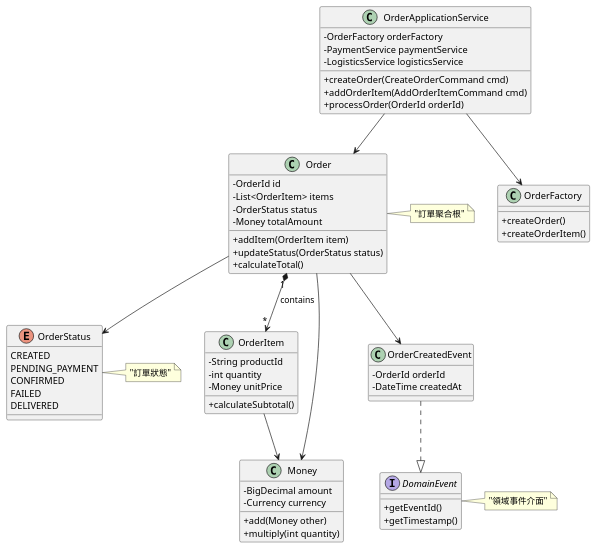
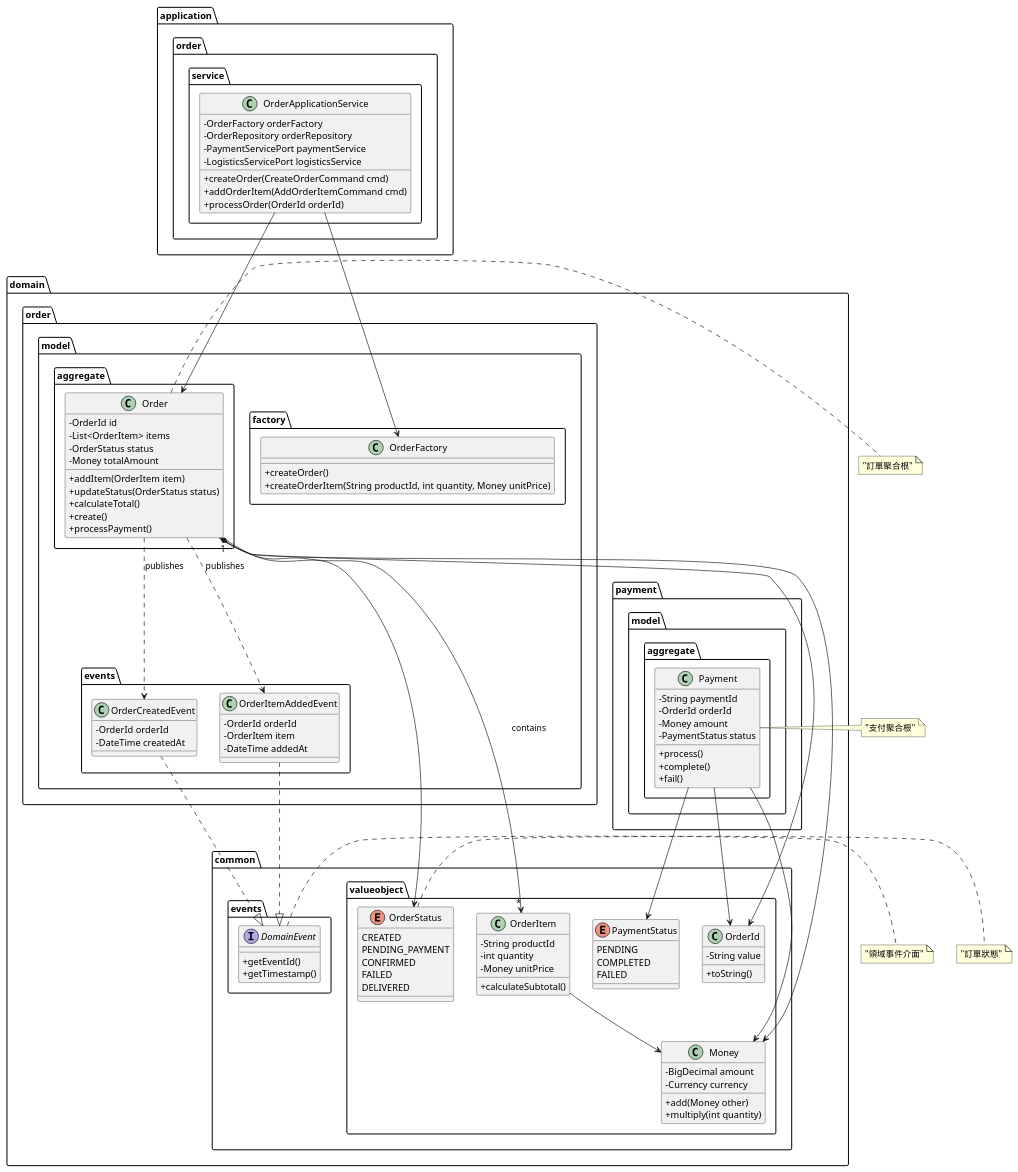
One commit to humank/genai-demo changed the diagram in docs/uml/class-diagram.puml. Above: the diagram before and after it, drawn with PlantUML. The commit also changed 40 other files, not shown here.

Commit message:
Add use case diagram for the system in SVG format

```diff
--- a/docs/uml/class-diagram.puml
+++ b/docs/uml/class-diagram.puml
@@ -1,73 +1,126 @@
 @startuml 訂單系統類別圖
 skinparam classAttributeIconSize 0
 
-class Order {
+package "domain.order.model.aggregate" {
+  class Order {
     -OrderId id
     -List<OrderItem> items
     -OrderStatus status
     -Money totalAmount
     +addItem(OrderItem item)
     +updateStatus(OrderStatus status)
     +calculateTotal()
+    +create()
+    +processPayment()
+  }
 }
 
-class OrderItem {
+package "domain.common.valueobject" {
+  class OrderItem {
     -String productId
     -int quantity
     -Money unitPrice
     +calculateSubtotal()
-}
+  }
 
-class Money {
+  class Money {
     -BigDecimal amount
     -Currency currency
     +add(Money other)
     +multiply(int quantity)
-}
+  }
 
-enum OrderStatus {
+  enum OrderStatus {
     CREATED
     PENDING_PAYMENT
     CONFIRMED
     FAILED
     DELIVERED
+  }
+
+  class OrderId {
+    -String value
+    +toString()
+  }
 }
 
-class OrderApplicationService {
+package "application.order.service" {
+  class OrderApplicationService {
     -OrderFactory orderFactory
-    -PaymentService paymentService
-    -LogisticsService logisticsService
+    -OrderRepository orderRepository
+    -PaymentServicePort paymentService
+    -LogisticsServicePort logisticsService
     +createOrder(CreateOrderCommand cmd)
     +addOrderItem(AddOrderItemCommand cmd)
     +processOrder(OrderId orderId)
+  }
 }
 
-class OrderFactory {
+package "domain.order.model.factory" {
+  class OrderFactory {
     +createOrder()
-    +createOrderItem()
+    +createOrderItem(String productId, int quantity, Money unitPrice)
+  }
 }
 
-interface DomainEvent {
+package "domain.common.events" {
+  interface DomainEvent {
     +getEventId()
     +getTimestamp()
+  }
 }
 
-class OrderCreatedEvent {
+package "domain.order.model.events" {
+  class OrderCreatedEvent {
     -OrderId orderId
     -DateTime createdAt
+  }
+
+  class OrderItemAddedEvent {
+    -OrderId orderId
+    -OrderItem item
+    -DateTime addedAt
+  }
+}
+
+package "domain.payment.model.aggregate" {
+  class Payment {
+    -String paymentId
+    -OrderId orderId
+    -Money amount
+    -PaymentStatus status
+    +process()
+    +complete()
+    +fail()
+  }
+}
+
+package "domain.common.valueobject" {
+  enum PaymentStatus {
+    PENDING
+    COMPLETED
+    FAILED
+  }
 }
 
 Order "1" *--> "*" OrderItem : contains
 Order --> OrderStatus
 Order --> Money
+Order --> OrderId
 OrderItem --> Money
 OrderApplicationService --> OrderFactory
 OrderApplicationService --> Order
-Order --> OrderCreatedEvent
+Order ..> OrderCreatedEvent : publishes
+Order ..> OrderItemAddedEvent : publishes
 OrderCreatedEvent ..|> DomainEvent
+OrderItemAddedEvent ..|> DomainEvent
+Payment --> PaymentStatus
+Payment --> Money
+Payment --> OrderId
 
 note right of Order : "訂單聚合根"
 note right of OrderStatus : "訂單狀態"
 note right of DomainEvent : "領域事件介面"
+note right of Payment : "支付聚合根"
 
 @enduml
```
